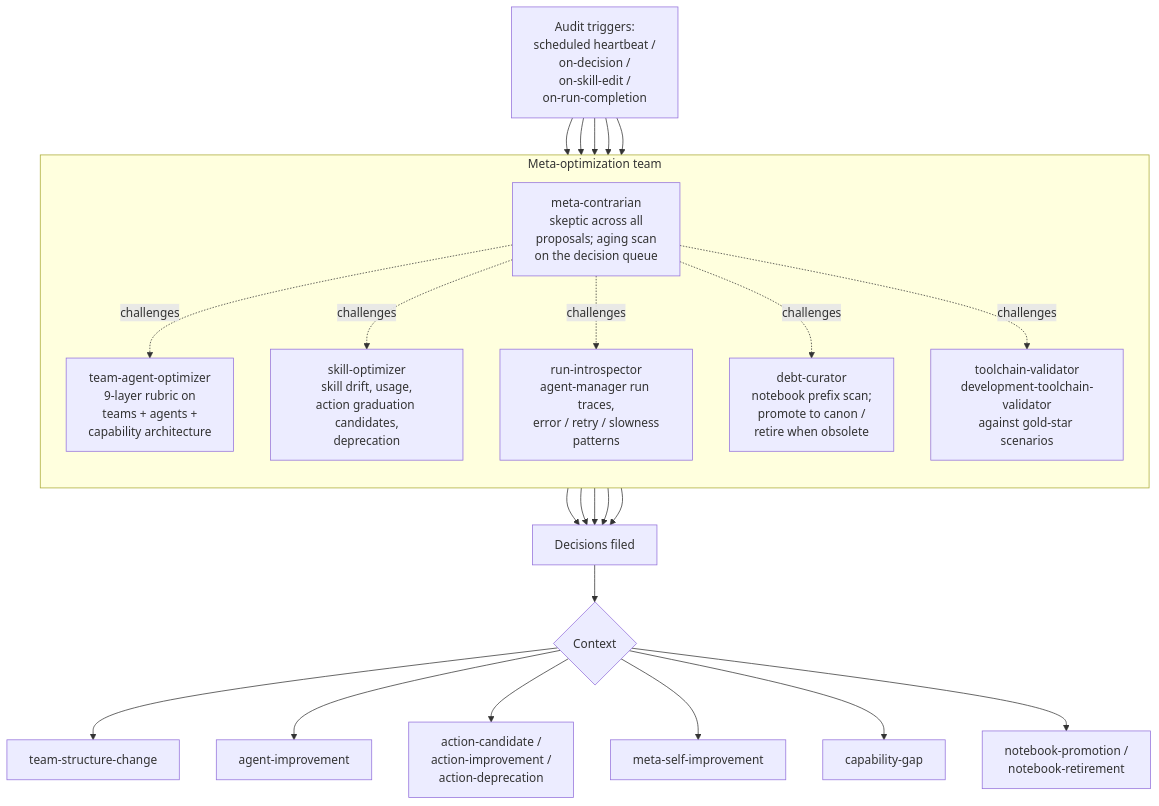
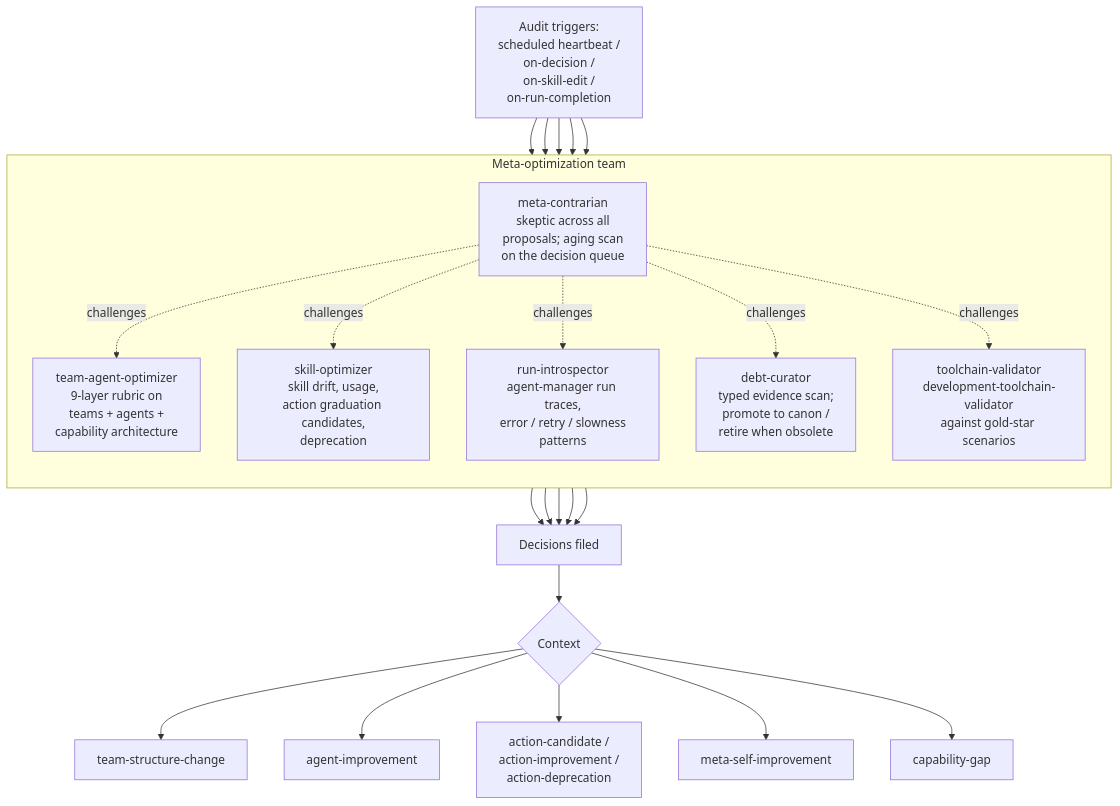
Before and after one commit to Vrooli/Vrooli: the diagram in scenarios/prompt-manager/store/teams/meta-optimization/shared/TEAM.md, drawn with Mermaid. The commit also changed other lines of this file and 129 other files, not shown here.

````diff
--- a/scenarios/prompt-manager/store/teams/meta-optimization/shared/TEAM.md
+++ b/scenarios/prompt-manager/store/teams/meta-optimization/shared/TEAM.md
@@ -22,32 +22,31 @@
 ```mermaid
 flowchart TB
     TRIG[Audit triggers:<br/>scheduled heartbeat /<br/>on-decision /<br/>on-skill-edit /<br/>on-run-completion]
 
     subgraph TEAM[Meta-optimization team]
       direction TB
       M1[team-agent-optimizer<br/>9-layer rubric on<br/>teams + agents +<br/>capability architecture]
       M2[skill-optimizer<br/>skill drift, usage,<br/>action graduation candidates,<br/>deprecation]
       M3[run-introspector<br/>agent-manager run traces,<br/>error / retry / slowness<br/>patterns]
-      M4[debt-curator<br/>notebook prefix scan;<br/>promote to canon /<br/>retire when obsolete]
+      M4[debt-curator<br/>typed evidence scan;<br/>promote to canon /<br/>retire when obsolete]
       M5[toolchain-validator<br/>development-toolchain-validator<br/>against gold-star scenarios]
       M6[meta-contrarian<br/>skeptic across all<br/>proposals; aging scan<br/>on the decision queue]
     end
 
     TRIG --> M1 & M2 & M3 & M4 & M5
 
     M1 --> OUT[Decisions filed]
     M2 --> OUT
     M3 --> OUT
     M4 --> OUT
     M5 --> OUT
 
     M6 -.challenges.-> M1 & M2 & M3 & M4 & M5
 
     OUT --> CTX{Context}
     CTX --> CTX1[team-structure-change]
     CTX --> CTX2[agent-improvement]
     CTX --> CTX3[action-candidate /<br/>action-improvement /<br/>action-deprecation]
     CTX --> CTX4[meta-self-improvement]
     CTX --> CTX5[capability-gap]
-    CTX --> CTX6[notebook-promotion /<br/>notebook-retirement]
 ```
````
